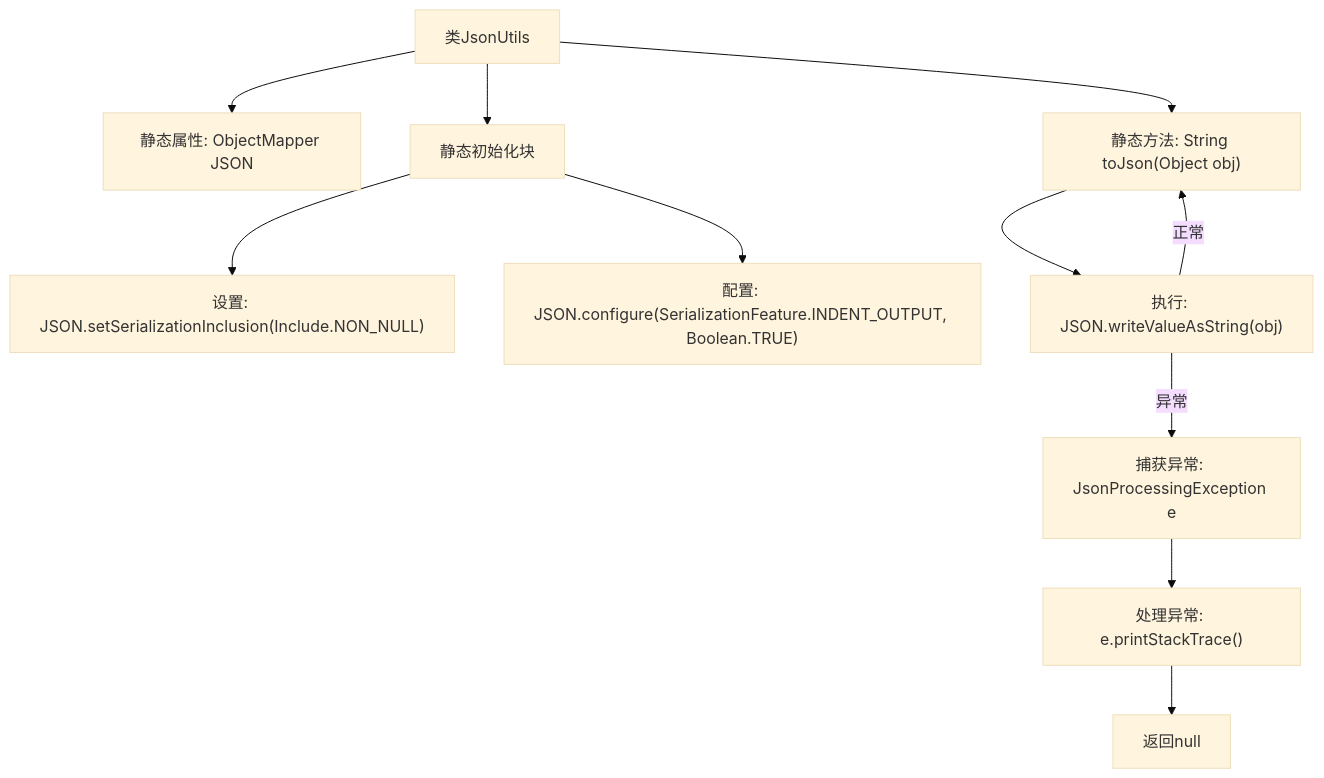
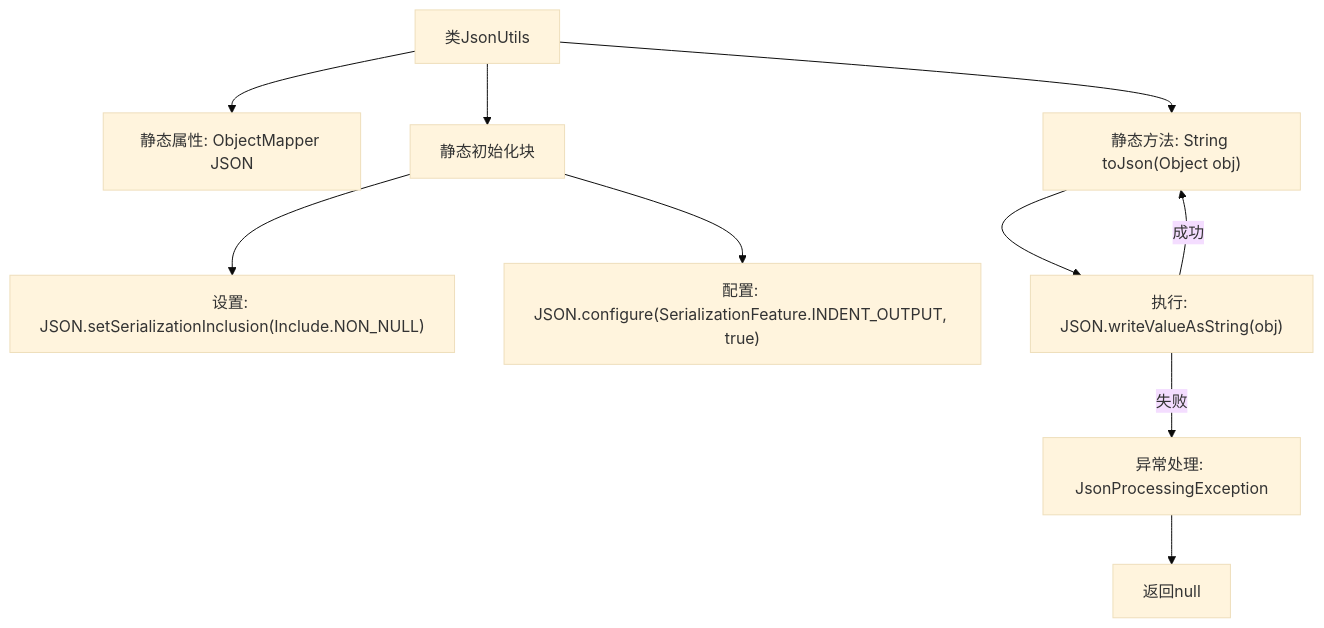
The second of 2 diagrams in docs/zh/docs/src/main/java/com/github/binarywang/demo/wx/miniapp/utils/JsonUtils.md (v-wjrong/rongwj666_weixin-java-miniapp-demo), drawn with Mermaid (base theme) before and after one commit. The commit also changed other lines of this file and 49 other files, not shown here.

````diff
--- a/docs/zh/docs/src/main/java/com/github/binarywang/demo/wx/miniapp/utils/JsonUtils.md
+++ b/docs/zh/docs/src/main/java/com/github/binarywang/demo/wx/miniapp/utils/JsonUtils.md
@@ -67,24 +58,22 @@
 ```mermaid
 graph TD
     A["类JsonUtils"]
     B["静态属性: ObjectMapper JSON"]
     C["静态初始化块"]
     D["设置: JSON.setSerializationInclusion(Include.NON_NULL)"]
-    E["配置: JSON.configure(SerializationFeature.INDENT_OUTPUT, Boolean.TRUE)"]
+    E["配置: JSON.configure(SerializationFeature.INDENT_OUTPUT, true)"]
     F["静态方法: String toJson(Object obj)"]
     G["执行: JSON.writeValueAsString(obj)"]
-    H["捕获异常: JsonProcessingException e"]
-    I["处理异常: e.printStackTrace()"]
-    J["返回null"]
+    H["异常处理: JsonProcessingException"]
+    I["返回null"]
 
     A --> B
     A --> C
     C --> D
     C --> E
     A --> F
     F --> G
-    G -->|异常| H
+    G -->|成功| F
+    G -->|失败| H
     H --> I
-    I --> J
-    G -->|正常| F
 ```
````
